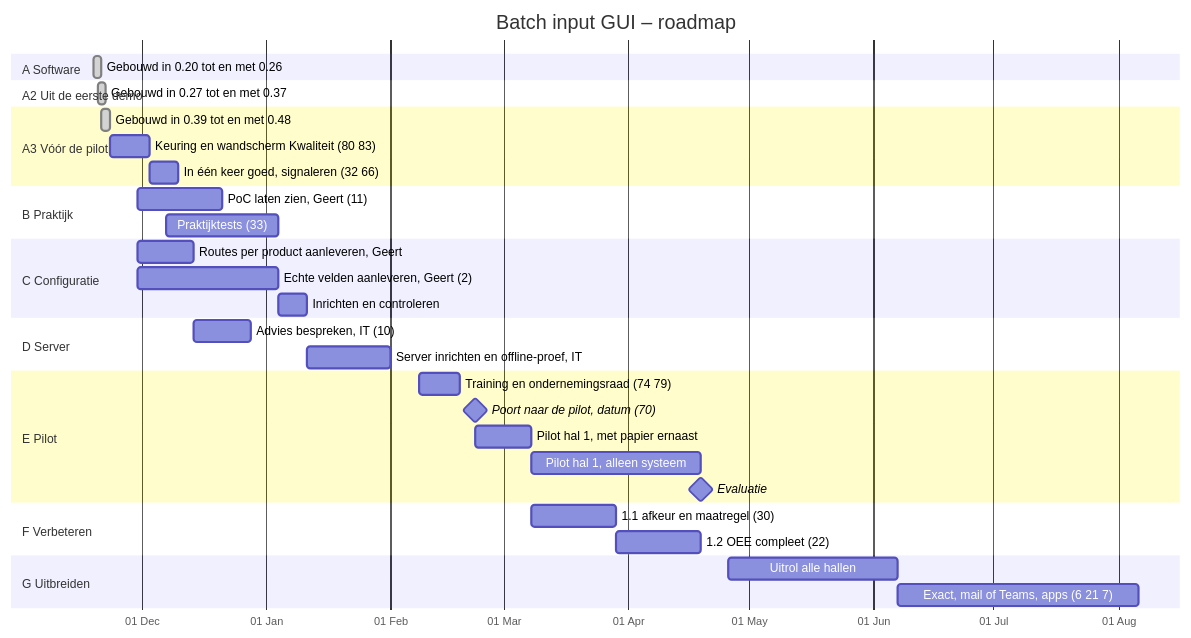
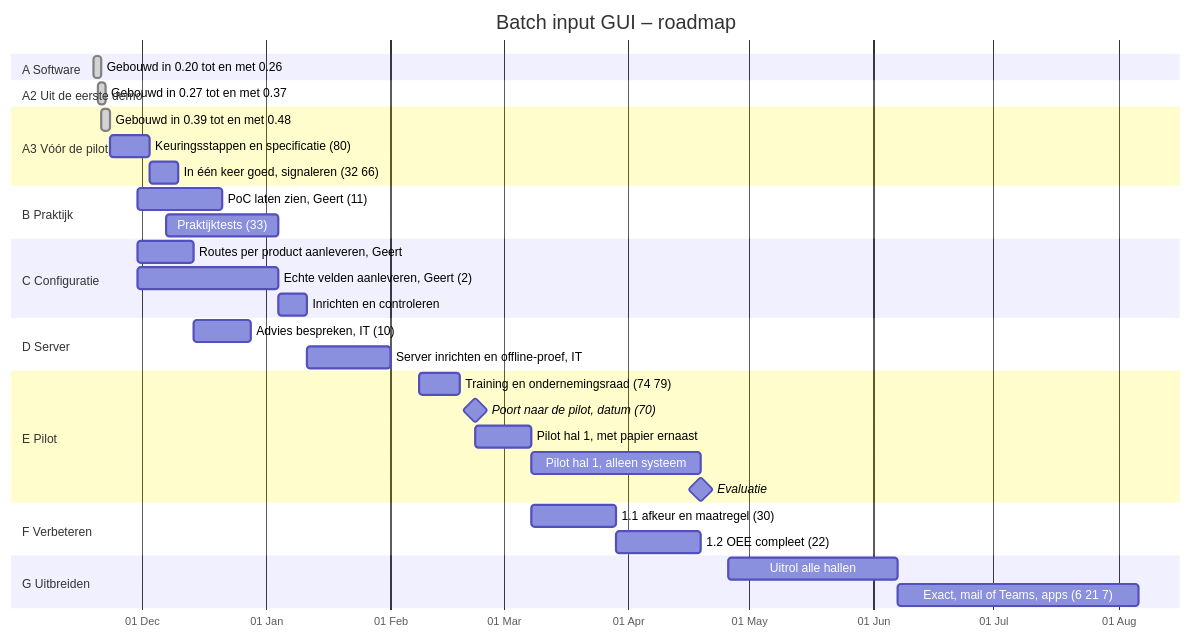
The diagram in ROADMAP.md (Gertjun/Manufacturing-Execution-System), drawn with Mermaid before and after one commit. The commit also changed other lines of this file and 21 other files, not shown here.

First line of the commit message:
0.50.0: wandscherm Kwaliteit (#83, D72)

````diff
--- a/ROADMAP.md
+++ b/ROADMAP.md
@@ -12,46 +12,46 @@
 ```mermaid
 gantt
     title Batch input GUI – roadmap
     dateFormat YYYY-MM-DD
     axisFormat %d %b
     todayMarker on
 
     section A Software
     Gebouwd in 0.20 tot en met 0.26          :done, a1, 2026-11-19, 2d
 
     section A2 Uit de eerste demo
     Gebouwd in 0.27 tot en met 0.37          :done, a2, 2026-11-20, 2d
 
     section A3 Vóór de pilot
     Gebouwd in 0.39 tot en met 0.48          :done, a3a, 2026-11-21, 2d
-    Keuring en wandscherm Kwaliteit (80 83)  :a3c, 2026-11-23, 10d
+    Keuringsstappen en specificatie (80)     :a3c, 2026-11-23, 10d
     In één keer goed, signaleren (32 66)     :a3b, after a3c, 7d
 
     section B Praktijk
     PoC laten zien, Geert (11)               :b1, 2026-11-30, 21d
     Praktijktests (33)                       :b2, 2026-12-07, 28d
 
     section C Configuratie
     Routes per product aanleveren, Geert     :c0, 2026-11-30, 14d
     Echte velden aanleveren, Geert (2)       :c1, 2026-11-30, 35d
     Inrichten en controleren                 :c2, after c1, 7d
 
     section D Server
     Advies bespreken, IT (10)                :d1, 2026-12-14, 14d
     Server inrichten en offline-proef, IT    :d2, 2027-01-11, 21d
 
     section E Pilot
     Training en ondernemingsraad (74 79)     :e0, 2027-02-08, 10d
     Poort naar de pilot, datum (70)          :milestone, m1, 2027-02-22, 0d
     Pilot hal 1, met papier ernaast          :e1, 2027-02-22, 14d
     Pilot hal 1, alleen systeem              :e2, after e1, 42d
     Evaluatie                                :milestone, m2, 2027-04-19, 0d
 
     section F Verbeteren
     1.1 afkeur en maatregel (30)             :f1, 2027-03-08, 21d
     1.2 OEE compleet (22)                    :f2, after f1, 21d
 
     section G Uitbreiden
     Uitrol alle hallen                       :g1, 2027-04-26, 42d
     Exact, mail of Teams, apps (6 21 7)      :g2, 2027-06-07, 60d
 ```
````
